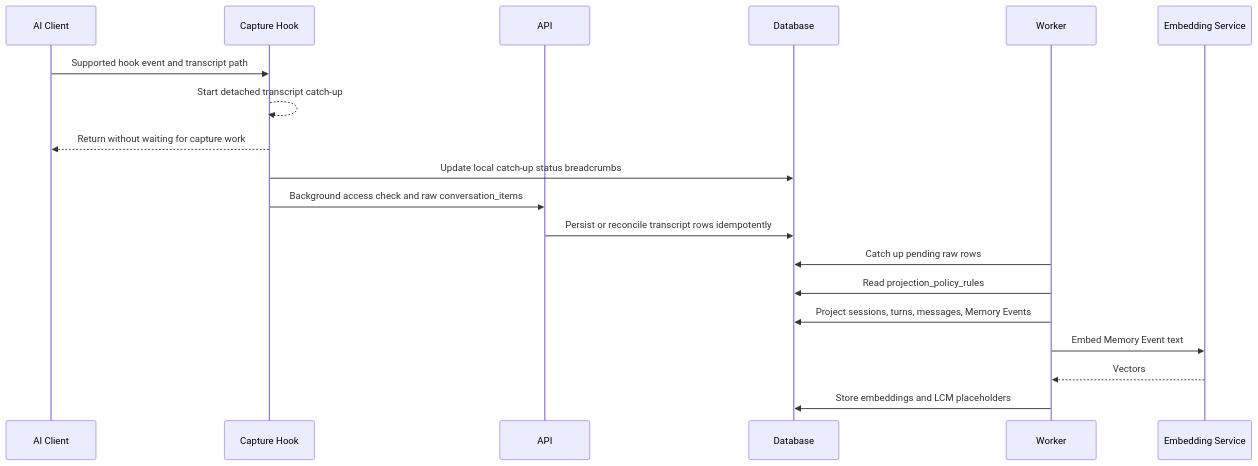
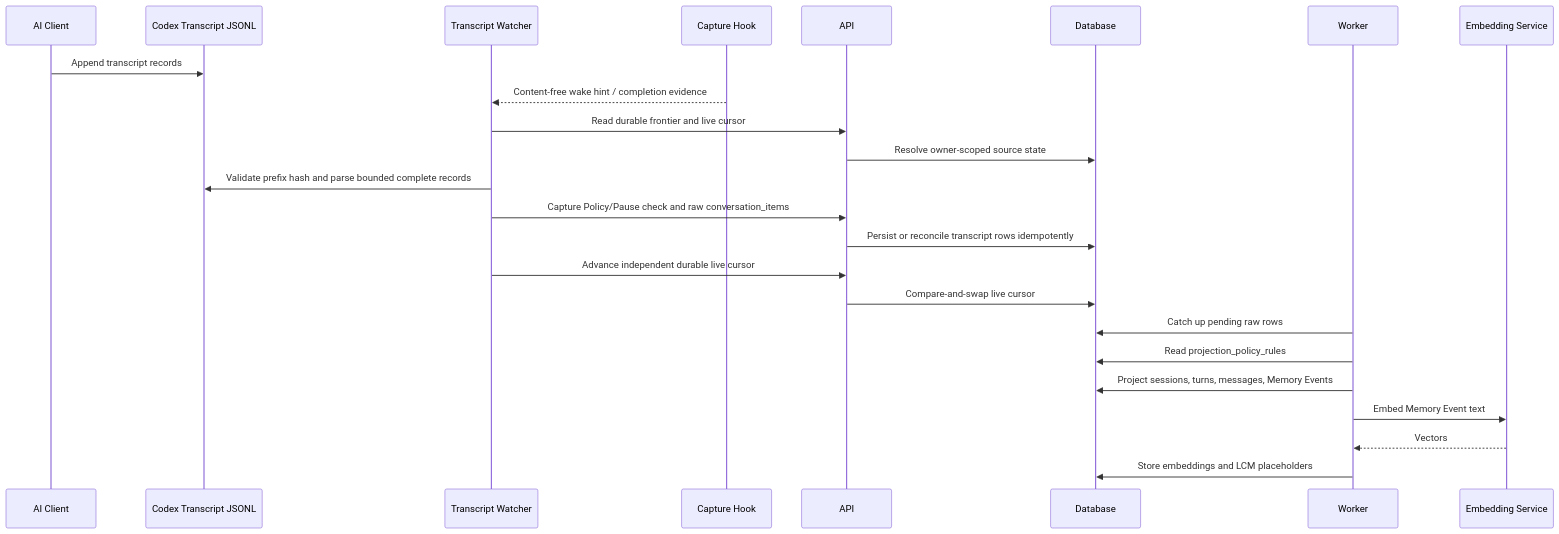
Before and after one commit to johncarmack1984/koed: the first of 5 diagrams in docs/service-sequence-overview.md, drawn with Mermaid. The commit also changed other lines of this file and 9 other files, not shown here.

Commit message:
docs: document transcript watcher support

````diff
--- a/docs/service-sequence-overview.md
+++ b/docs/service-sequence-overview.md
@@ -680,22 +689,27 @@
 ```mermaid
 sequenceDiagram
   participant Client as AI Client
+  participant Transcript as Codex Transcript JSONL
+  participant Watcher as Transcript Watcher
   participant Hook as Capture Hook
   participant API as API
   participant DB as Database
   participant Worker as Worker
   participant Embed as Embedding Service
 
-  Client->>Hook: Supported hook event and transcript path
-  Hook-->>Hook: Start detached transcript catch-up
-  Hook-->>Client: Return without waiting for capture work
-  Hook->>DB: Update local catch-up status breadcrumbs
-  Hook->>API: Background access check and raw conversation_items
+  Client->>Transcript: Append transcript records
+  Hook-->>Watcher: Content-free wake hint / completion evidence
+  Watcher->>API: Read durable frontier and live cursor
+  API->>DB: Resolve owner-scoped source state
+  Watcher->>Transcript: Validate prefix hash and parse bounded complete records
+  Watcher->>API: Capture Policy/Pause check and raw conversation_items
   API->>DB: Persist or reconcile transcript rows idempotently
+  Watcher->>API: Advance independent durable live cursor
+  API->>DB: Compare-and-swap live cursor
   Worker->>DB: Catch up pending raw rows
   Worker->>DB: Read projection_policy_rules
   Worker->>DB: Project sessions, turns, messages, Memory Events
   Worker->>Embed: Embed Memory Event text
   Embed-->>Worker: Vectors
   Worker->>DB: Store embeddings and LCM placeholders
 ```
````
